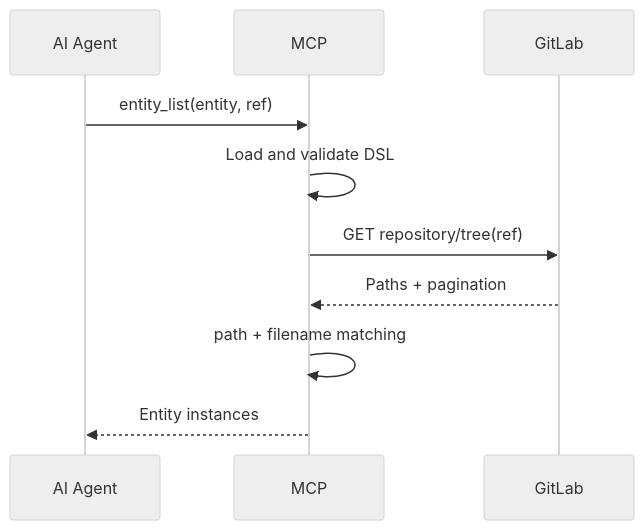
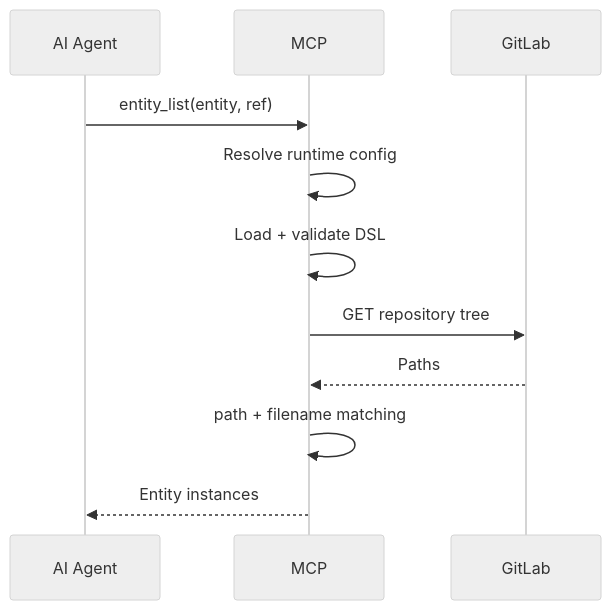
Before and after one commit to SkySai1/ArchRepoMCP: the first of 15 diagrams in AGENTS.md, drawn with Mermaid (neutral theme). The commit also changed other lines of this file, not shown here.

````diff
--- a/AGENTS.md
+++ b/AGENTS.md
@@ -795,13 +1053,14 @@
 ```mermaid
 sequenceDiagram
     participant A as AI Agent
     participant M as MCP
     participant G as GitLab
 
     A->>M: entity_list(entity, ref)
-    M->>M: Load and validate DSL
-    M->>G: GET repository/tree(ref)
-    G-->>M: Paths + pagination
+    M->>M: Resolve runtime config
+    M->>M: Load + validate DSL
+    M->>G: GET repository tree
+    G-->>M: Paths
     M->>M: path + filename matching
     M-->>A: Entity instances
 ```
````
